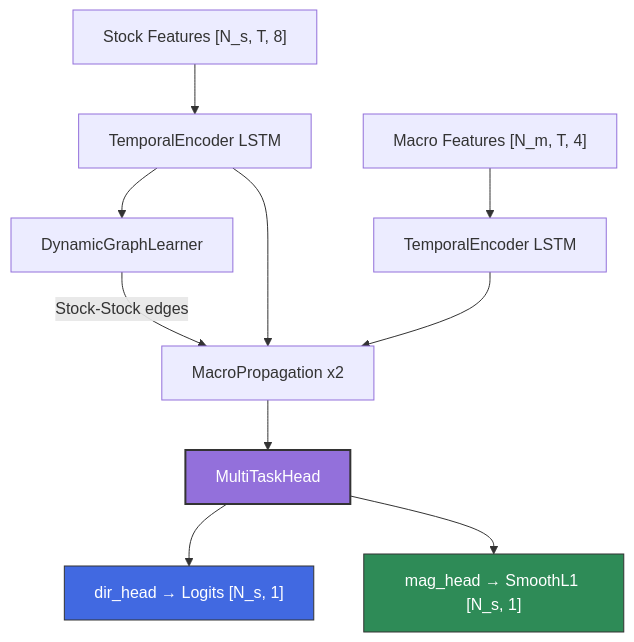
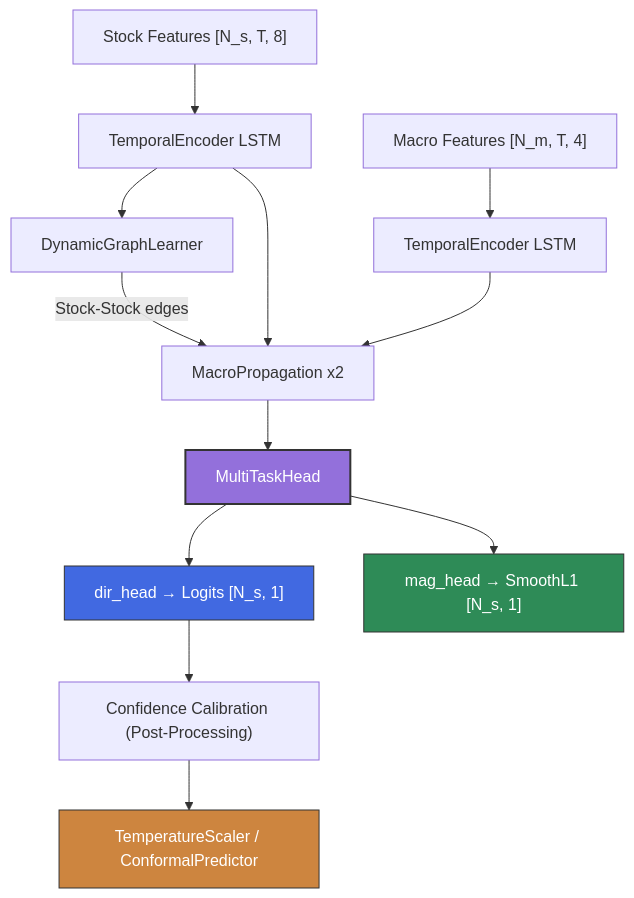
One commit to KishanYern/DGRCL_Strategy changed the diagram in README.md. Above: the diagram before and after it, drawn with Mermaid. The commit also changed other lines of this file and 7 other files, not shown here.

````diff
--- a/README.md
+++ b/README.md
@@ -36,16 +42,19 @@
 ```mermaid
 graph TD
     A["Stock Features [N_s, T, 8]"] --> B[TemporalEncoder LSTM]
     C["Macro Features [N_m, T, 4]"] --> D[TemporalEncoder LSTM]
     B --> E[DynamicGraphLearner]
     B --> F[MacroPropagation x2]
     D --> F
     E -->|"Stock-Stock edges"| F
     F --> G["MultiTaskHead"]
     G --> H["dir_head → Logits [N_s, 1]"]
     G --> I["mag_head → SmoothL1 [N_s, 1]"]
+    H --> J["Confidence Calibration (Post-Processing)"]
+    J --> K["TemperatureScaler / ConformalPredictor"]
 
     style G fill:#9370db,stroke:#333,stroke-width:2px,color:#fff
     style H fill:#4169e1,stroke:#333,color:#fff
     style I fill:#2e8b57,stroke:#333,color:#fff
+    style K fill:#cd853f,stroke:#333,color:#fff
 ```
````
